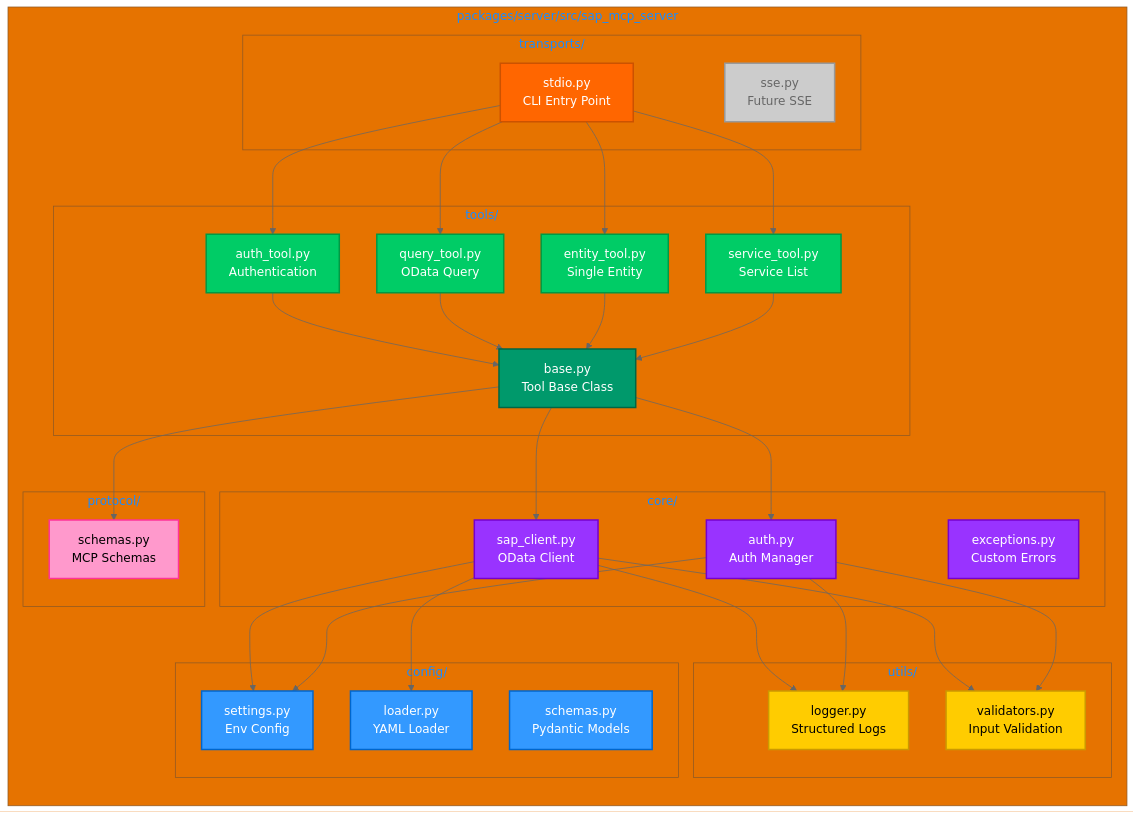
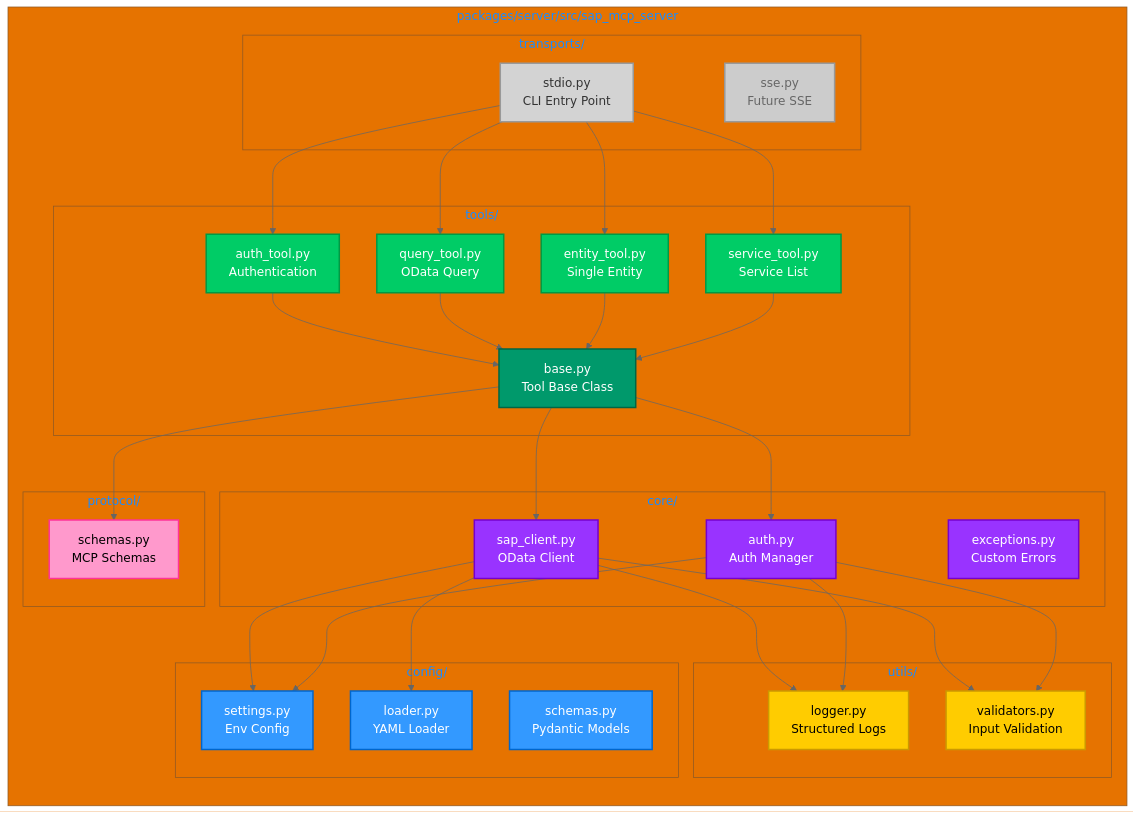
One commit to midasol/sap-mcp-server changed the second of 5 diagrams in README.md. Above: the diagram before and after it, drawn with Mermaid. The commit also changed other lines of this file, not shown here.

````diff
--- a/README.md
+++ b/README.md
@@ -97,56 +97,56 @@
 ```mermaid
 %%{init: {'theme':'base', 'themeVariables': { 'primaryColor':'#0066cc','primaryTextColor':'#ffffff','primaryBorderColor':'#004d99','lineColor':'#666666','secondaryColor':'#ff6600'}}}%%
 graph LR
     subgraph "packages/server/src/sap_mcp_server"
         subgraph "transports/"
             T1[stdio.py<br/>CLI Entry Point]:::transportNode
             T2[sse.py<br/>Future SSE]:::futureNode
         end
 
         subgraph "tools/"
             TO1[auth_tool.py<br/>Authentication]:::toolNode
             TO2[query_tool.py<br/>OData Query]:::toolNode
             TO3[entity_tool.py<br/>Single Entity]:::toolNode
             TO4[service_tool.py<br/>Service List]:::toolNode
             TO5[base.py<br/>Tool Base Class]:::baseNode
         end
 
         subgraph "core/"
             C1[sap_client.py<br/>OData Client]:::coreNode
             C2[auth.py<br/>Auth Manager]:::coreNode
             C3[exceptions.py<br/>Custom Errors]:::coreNode
         end
 
         subgraph "config/"
             CF1[settings.py<br/>Env Config]:::configNode
             CF2[loader.py<br/>YAML Loader]:::configNode
             CF3[schemas.py<br/>Pydantic Models]:::configNode
         end
 
         subgraph "utils/"
             U1[logger.py<br/>Structured Logs]:::utilNode
             U2[validators.py<br/>Input Validation]:::utilNode
         end
 
         subgraph "protocol/"
             P1[schemas.py<br/>MCP Schemas]:::protocolNode
         end
     end
 
     T1 --> TO1 & TO2 & TO3 & TO4
     TO1 & TO2 & TO3 & TO4 --> TO5
     TO5 --> C1 & C2
     C1 --> CF1 & CF2
     C2 --> CF1
     C1 & C2 --> U1 & U2
     TO5 --> P1
 
-    classDef transportNode fill:#ff6600,stroke:#cc5200,stroke-width:2px,color:#ffffff
+    classDef transportNode fill:#d3d3d3,stroke:#999999,stroke-width:2px,color:#333333
     classDef futureNode fill:#cccccc,stroke:#999999,stroke-width:2px,color:#666666
     classDef toolNode fill:#00cc66,stroke:#009944,stroke-width:2px,color:#ffffff
     classDef baseNode fill:#00996b,stroke:#006644,stroke-width:2px,color:#ffffff
     classDef coreNode fill:#9933ff,stroke:#7700cc,stroke-width:2px,color:#ffffff
     classDef configNode fill:#3399ff,stroke:#0066cc,stroke-width:2px,color:#ffffff
     classDef utilNode fill:#ffcc00,stroke:#cc9900,stroke-width:2px,color:#000000
     classDef protocolNode fill:#ff99cc,stroke:#ff3399,stroke-width:2px,color:#000000
 ```
````
